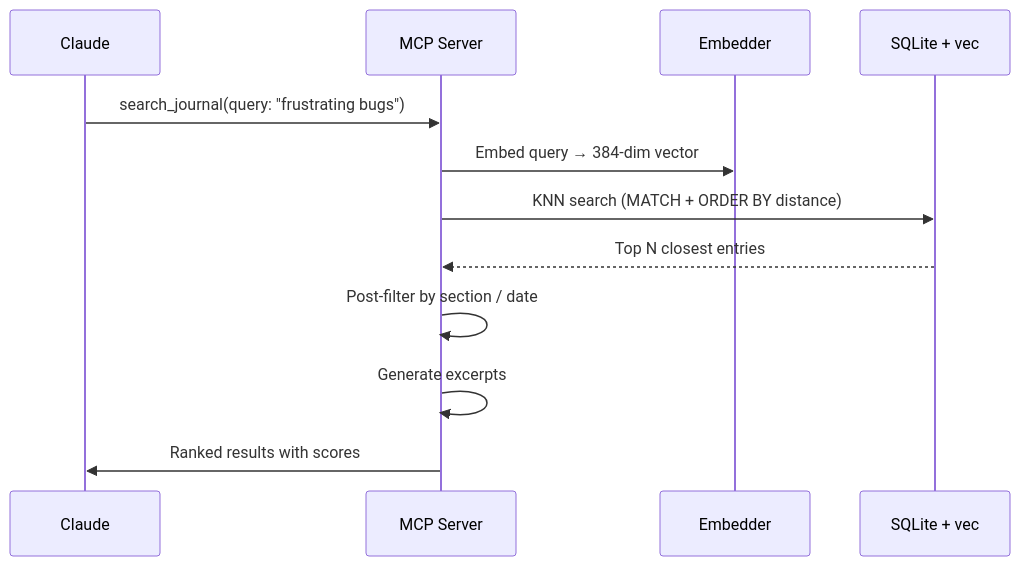
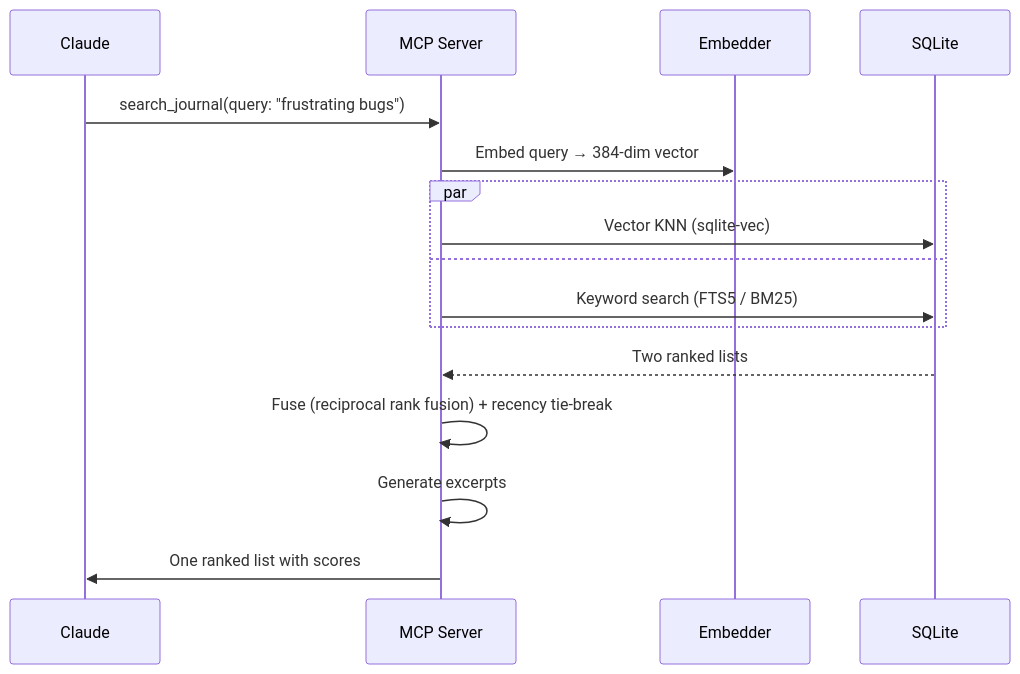
Before and after one commit to kKEo/memory-find: the fifth of 7 diagrams in slides.md, drawn with Mermaid. The commit also changed other lines of this file and 18 other files, not shown here.

````diff
--- a/slides.md
+++ b/slides.md
@@ -180,15 +256,19 @@
 ```mermaid
 sequenceDiagram
     participant C as Claude
     participant S as MCP Server
     participant E as Embedder
-    participant DB as SQLite + vec
+    participant DB as SQLite
 
     C->>S: search_journal(query: "frustrating bugs")
     S->>E: Embed query → 384-dim vector
-    S->>DB: KNN search (MATCH + ORDER BY distance)
-    DB-->>S: Top N closest entries
-    S->>S: Post-filter by section / date
+    par
+        S->>DB: Vector KNN (sqlite-vec)
+    and
+        S->>DB: Keyword search (FTS5 / BM25)
+    end
+    DB-->>S: Two ranked lists
+    S->>S: Fuse (reciprocal rank fusion) + recency tie-break
     S->>S: Generate excerpts
-    S->>C: Ranked results with scores
+    S->>C: One ranked list with scores
 ```
````
